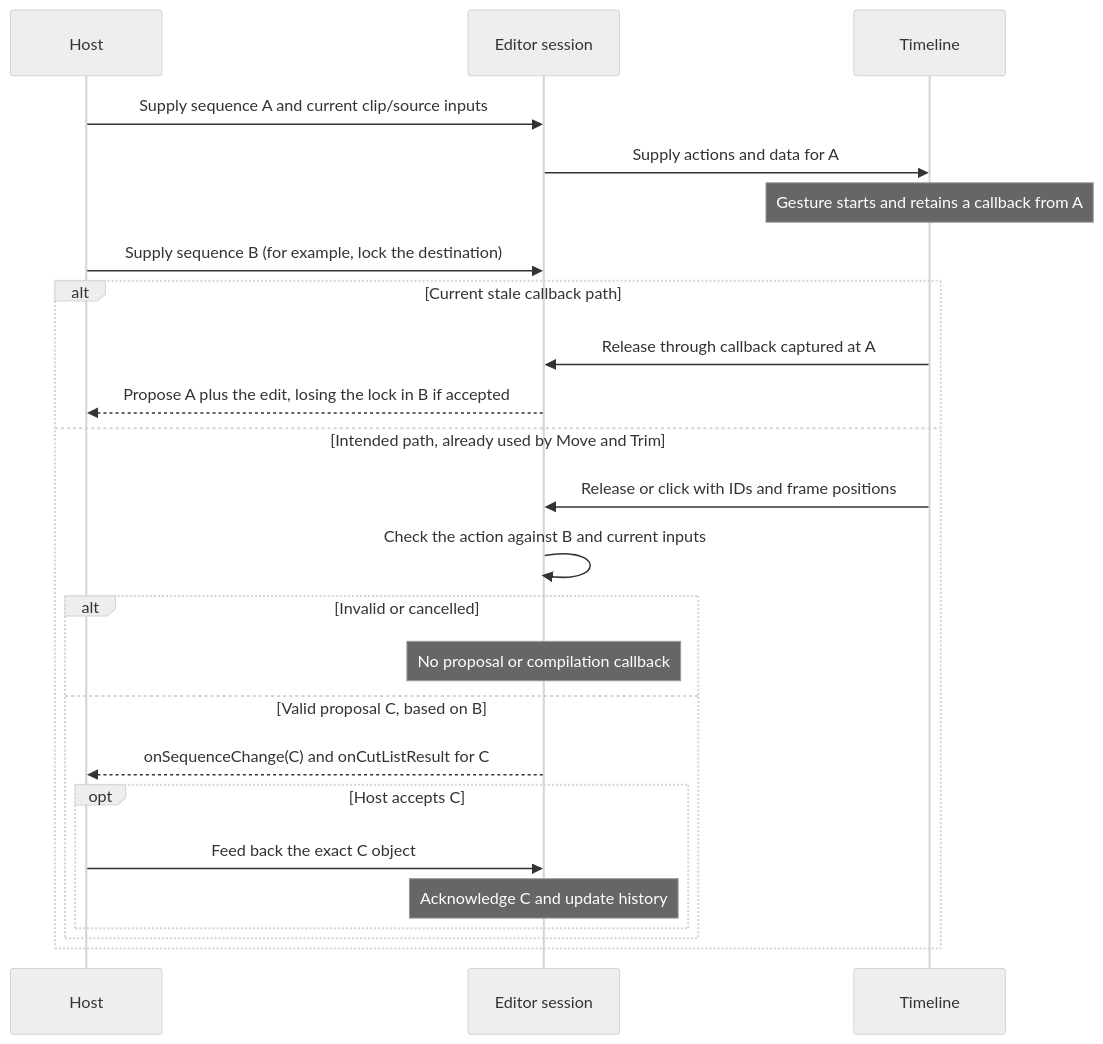
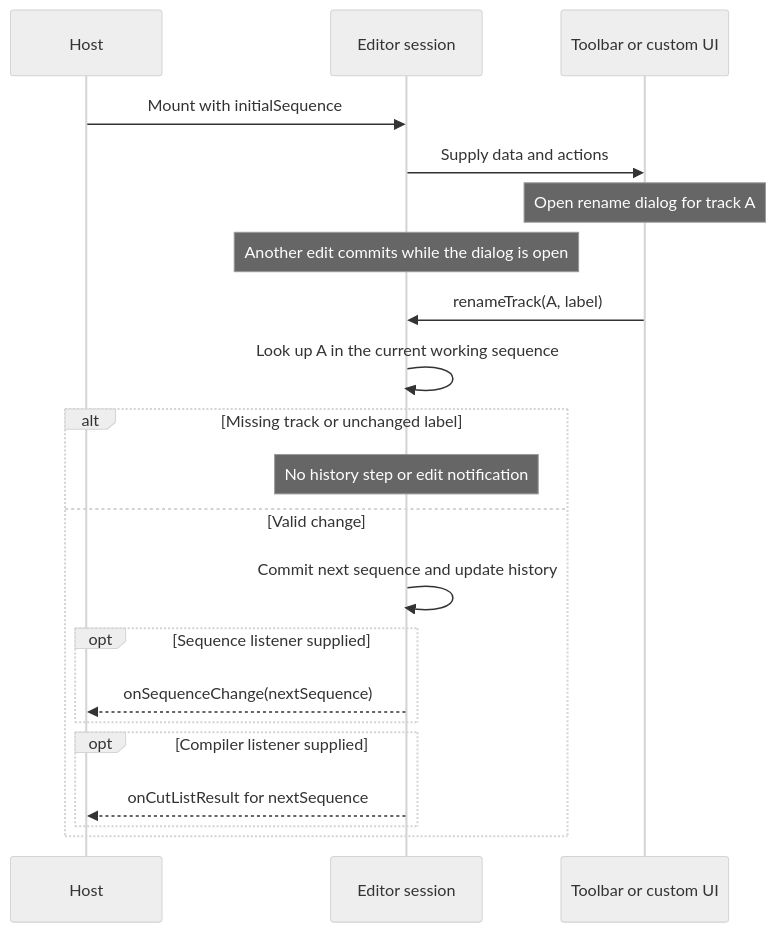
Before and after one commit to saebyn/glowing-telegram-video-editor: the second of 3 diagrams in docs/sequence-editor-data-flow.md, drawn with Mermaid (neutral theme). The commit also changed other lines of this file and 13 other files, not shown here.

Commit message:
docs(sequence): plan editor-owned sessions

````diff
--- a/docs/sequence-editor-data-flow.md
+++ b/docs/sequence-editor-data-flow.md
@@ -55,26 +59,23 @@
 ```mermaid
 sequenceDiagram
     participant Host
     participant Session as Editor session
-    participant Timeline
-    Host->>Session: Supply sequence A and current clip/source inputs
-    Session->>Timeline: Supply actions and data for A
-    Note over Timeline: Gesture starts and retains a callback from A
-    Host->>Session: Supply sequence B (for example, lock the destination)
-    alt Current stale callback path
-        Timeline->>Session: Release through callback captured at A
-        Session-->>Host: Propose A plus the edit, losing the lock in B if accepted
-    else Intended path, already used by Move and Trim
-        Timeline->>Session: Release or click with IDs and frame positions
-        Session->>Session: Check the action against B and current inputs
-        alt Invalid or cancelled
-            Note over Session: No proposal or compilation callback
-        else Valid proposal C, based on B
-            Session-->>Host: onSequenceChange(C) and onCutListResult for C
-            opt Host accepts C
-                Host->>Session: Feed back the exact C object
-                Note over Session: Acknowledge C and update history
-            end
+    participant UI as Toolbar or custom UI
+    Host->>Session: Mount with initialSequence
+    Session->>UI: Supply data and actions
+    Note over UI: Open rename dialog for track A
+    Note over Session: Another edit commits while the dialog is open
+    UI->>Session: renameTrack(A, label)
+    Session->>Session: Look up A in the current working sequence
+    alt Missing track or unchanged label
+        Note over Session: No history step or edit notification
+    else Valid change
+        Session->>Session: Commit next sequence and update history
+        opt Sequence listener supplied
+            Session-->>Host: onSequenceChange(nextSequence)
+        end
+        opt Compiler listener supplied
+            Session-->>Host: onCutListResult for nextSequence
         end
     end
 ```
````
